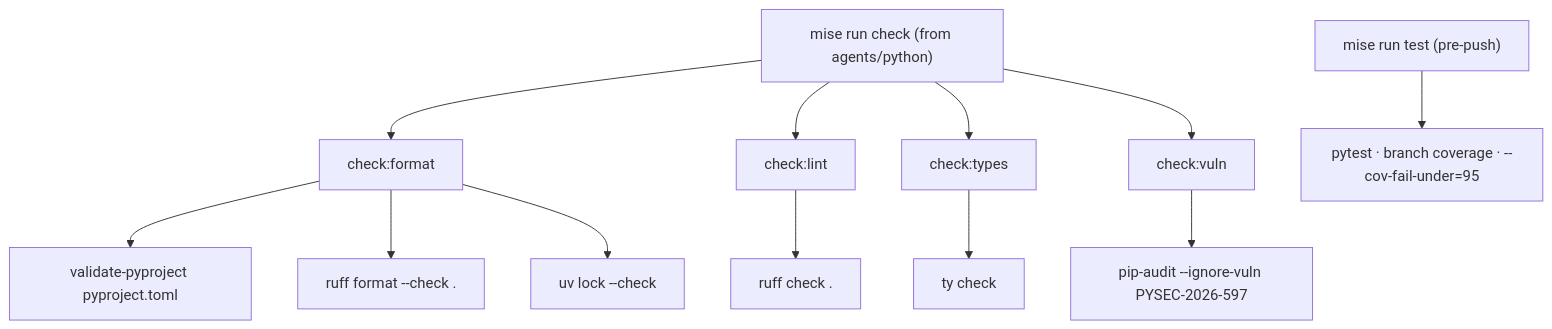
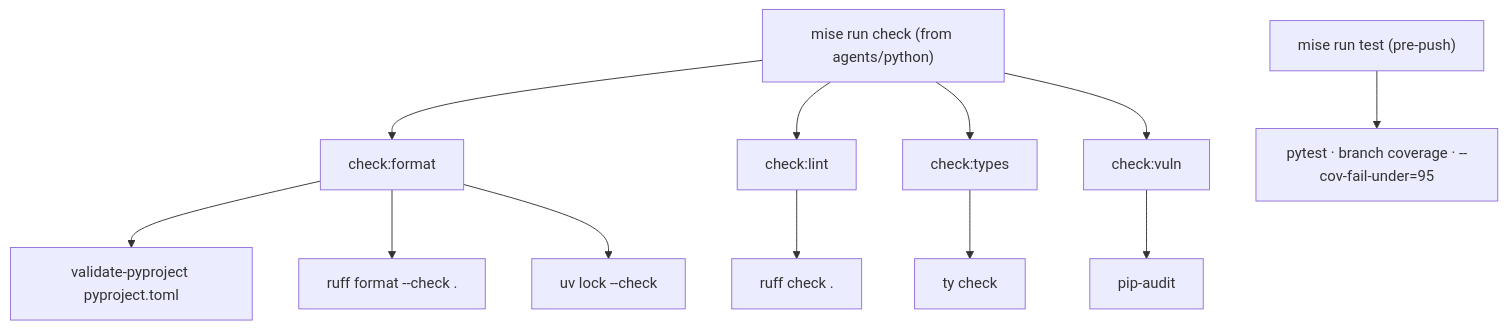
Before and after one commit to LuiGGi629/agentops-open-course: the second of 2 diagrams in docs/1. Setup/1.1. Python.md, drawn with Mermaid. The commit also changed other lines of this file and 121 other files, not shown here.

````diff
--- a/docs/1. Setup/1.1. Python.md
+++ b/docs/1. Setup/1.1. Python.md
@@ -111,14 +113,14 @@
 ```mermaid
 flowchart TD
     C["mise run check (from agents/python)"] --> CF["check:format"]
     C --> CL["check:lint"]
     C --> CT["check:types"]
     C --> CV["check:vuln"]
     CF --> CF1["validate-pyproject pyproject.toml"]
     CF --> CF2["ruff format --check ."]
     CF --> CF3["uv lock --check"]
     CL --> CL1["ruff check ."]
     CT --> CT1["ty check"]
-    CV --> CV1["pip-audit --ignore-vuln PYSEC-2026-597"]
+    CV --> CV1["pip-audit"]
     T["mise run test (pre-push)"] --> T1["pytest · branch coverage · --cov-fail-under=95"]
 ```
````
